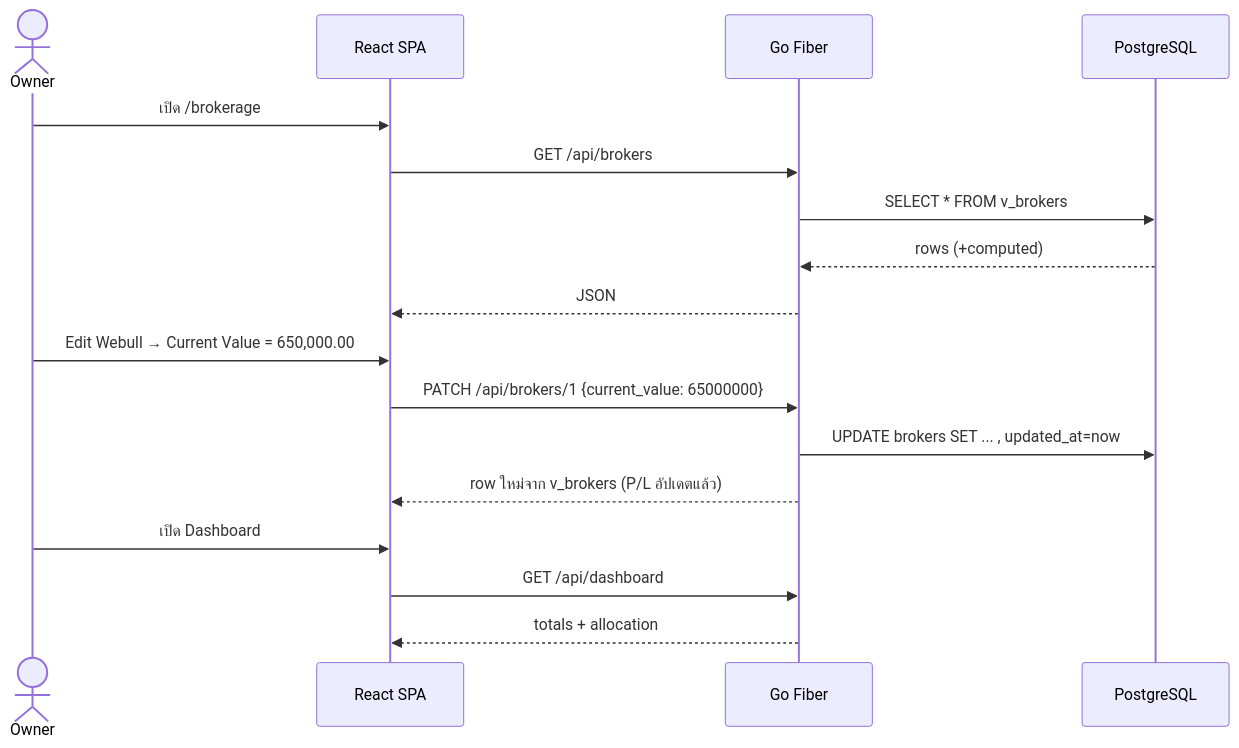
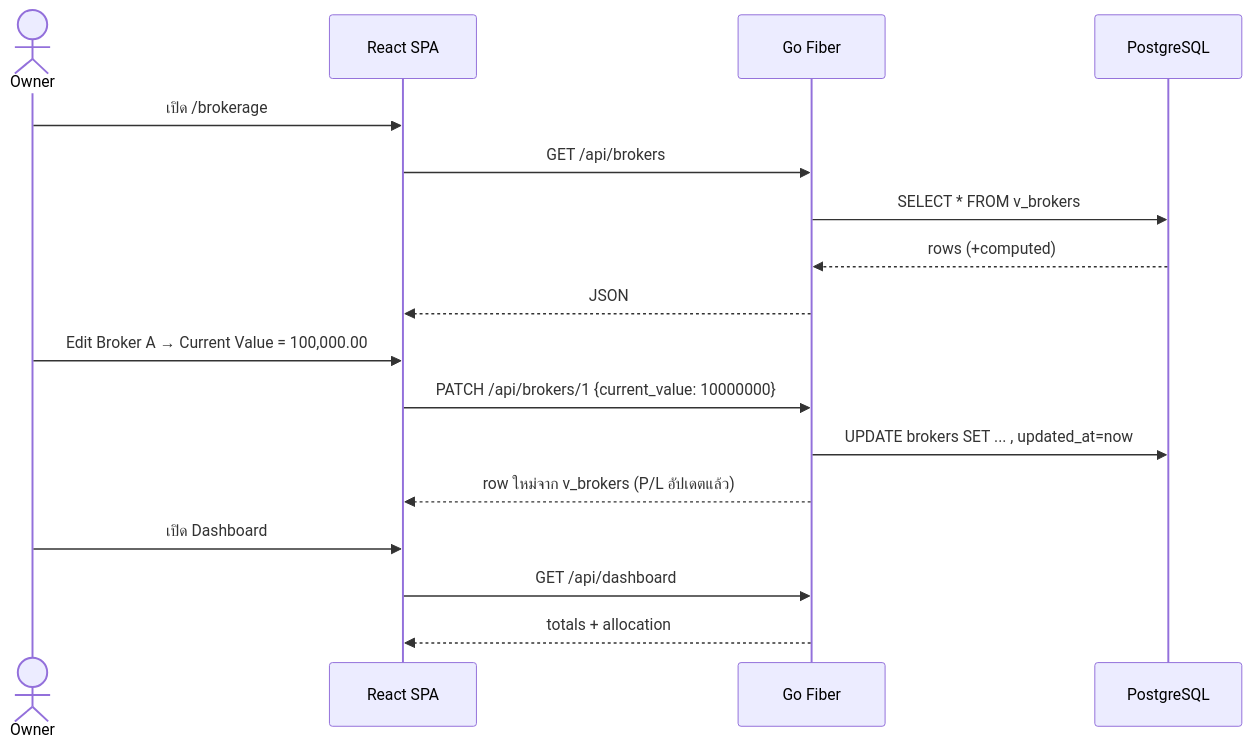
The third of 3 diagrams in docs/03-user-journey.md (watcharaY/portfolio-tracker), drawn with Mermaid before and after one commit. The commit also changed 2 other files, not shown here.

Commit message:
test: replace real holding names with neutral placeholders
Tests and the user-journey doc named real funds and a real broker, with
figures that looked real. Use Fund A, Fund B and Broker A with round
numbers so the repo carries no personal holdings once it is public.

````diff
--- a/docs/03-user-journey.md
+++ b/docs/03-user-journey.md
@@ -53,20 +53,20 @@
 ```mermaid
 sequenceDiagram
     actor O as Owner
     participant UI as React SPA
     participant API as Go Fiber
     participant DB as PostgreSQL
 
     O->>UI: เปิด /brokerage
     UI->>API: GET /api/brokers
     API->>DB: SELECT * FROM v_brokers
     DB-->>API: rows (+computed)
     API-->>UI: JSON
-    O->>UI: Edit Webull → Current Value = 650,000.00
-    UI->>API: PATCH /api/brokers/1 {current_value: 65000000}
+    O->>UI: Edit Broker A → Current Value = 100,000.00
+    UI->>API: PATCH /api/brokers/1 {current_value: 10000000}
     API->>DB: UPDATE brokers SET ... , updated_at=now
     API-->>UI: row ใหม่จาก v_brokers (P/L อัปเดตแล้ว)
     O->>UI: เปิด Dashboard
     UI->>API: GET /api/dashboard
     API-->>UI: totals + allocation
 ```
````
